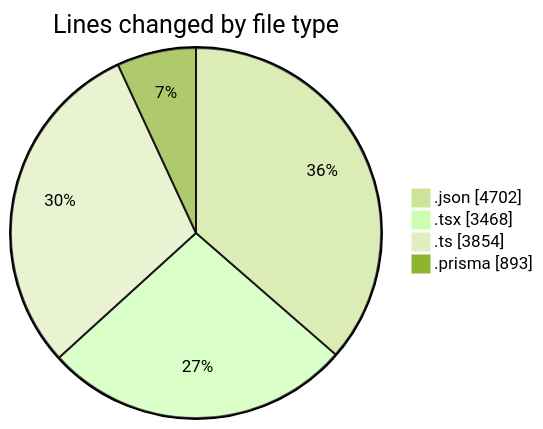
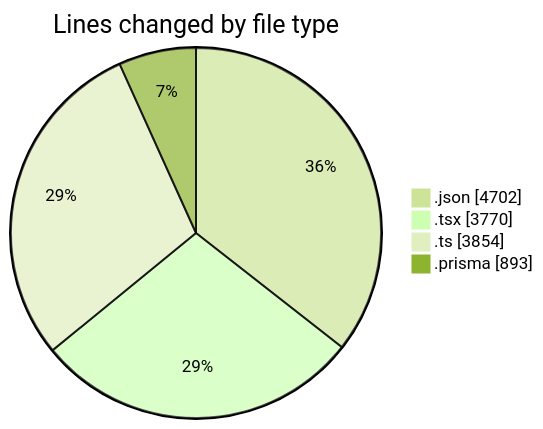
One commit to CELIANVF/code-tracking changed the first of 2 diagrams in 2025-05-05/ecodeli/README.md. Above: the diagram before and after it, drawn with Mermaid (forest theme). The commit also changed other lines of this file and 1 other file, not shown here.

````diff
--- a/2025-05-05/ecodeli/README.md
+++ b/2025-05-05/ecodeli/README.md
@@ -47,8 +47,8 @@
 ```mermaid
 pie showData
 title Lines changed by file type
 ".json" : 4702
-".tsx" : 3468
+".tsx" : 3770
 ".ts" : 3854
 ".prisma" : 893
 ```
````
